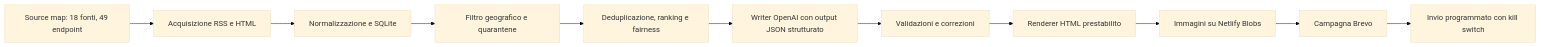
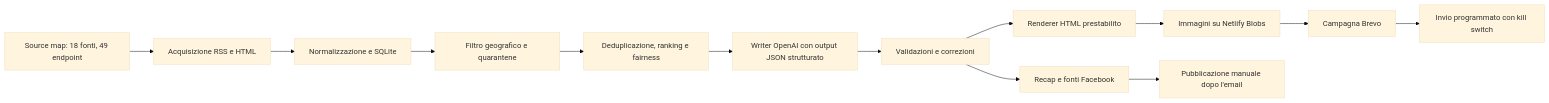
The diagram in SIRACUSADAILY_TECHNICAL.md (adseeker/siracusadaily), drawn with Mermaid (base theme) before and after one commit. The commit also changed other lines of this file and 14 other files, not shown here.

Commit message:
feat: generate Facebook recap outputs

````diff
--- a/SIRACUSADAILY_TECHNICAL.md
+++ b/SIRACUSADAILY_TECHNICAL.md
@@ -12,13 +12,15 @@
 ```mermaid
 flowchart LR
     A["Source map: 18 fonti, 49 endpoint"] --> B["Acquisizione RSS e HTML"]
     B --> C["Normalizzazione e SQLite"]
     C --> D["Filtro geografico e quarantene"]
     D --> E["Deduplicazione, ranking e fairness"]
     E --> F["Writer OpenAI con output JSON strutturato"]
     F --> G["Validazioni e correzioni"]
     G --> H["Renderer HTML prestabilito"]
     H --> I["Immagini su Netlify Blobs"]
     I --> J["Campagna Brevo"]
     J --> K["Invio programmato con kill switch"]
+    G --> L["Recap e fonti Facebook"]
+    L --> M["Pubblicazione manuale dopo l'email"]
 ```
````
